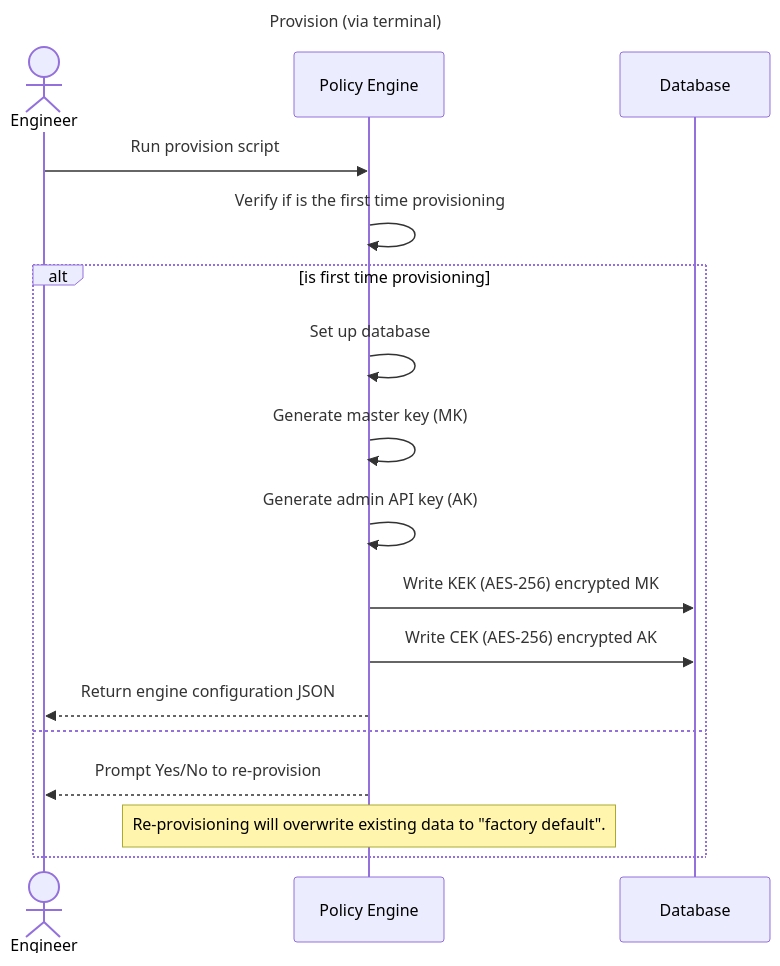
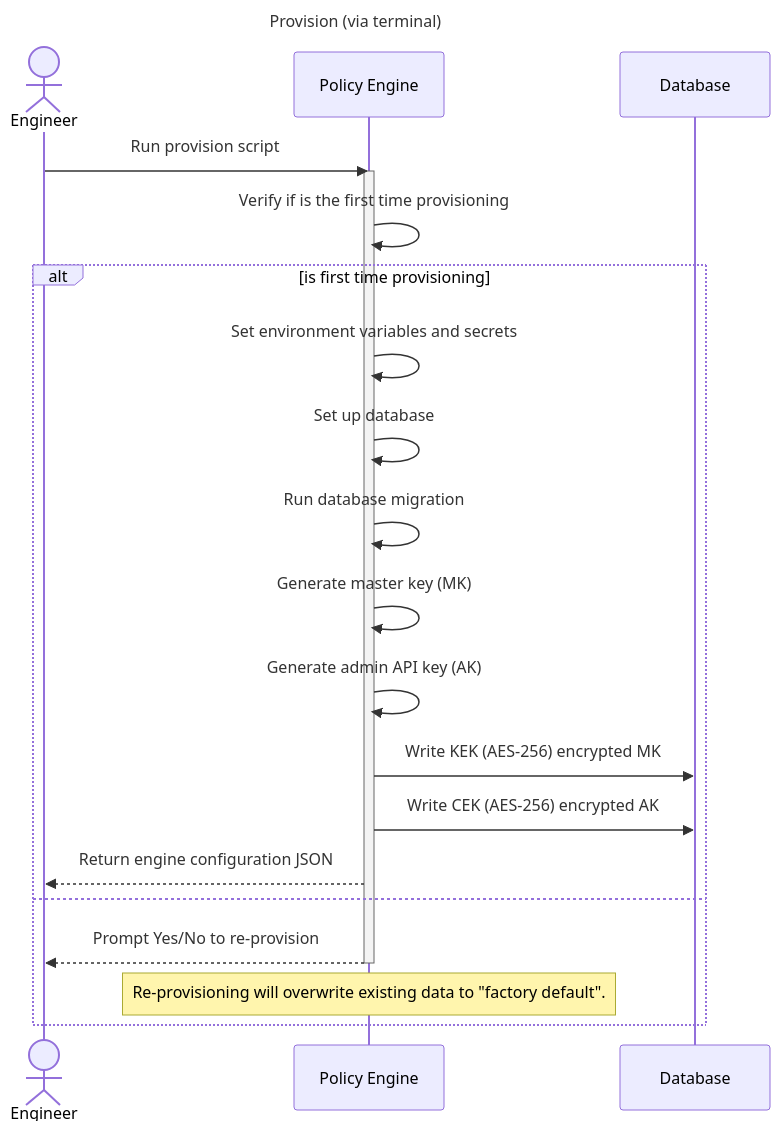
One commit to narval-xyz/armory changed the first of 4 diagrams in doc/policy-engine-setup.md. Above: the diagram before and after it, drawn with Mermaid. The commit also changed other lines of this file, not shown here.

First line of the commit message:
Add terminology for data storage and database

````diff
--- a/doc/policy-engine-setup.md
+++ b/doc/policy-engine-setup.md
@@ -20,22 +23,26 @@
 ```mermaid
 sequenceDiagram
   title Provision (via terminal)
 
   actor Engineer
   participant Engine as Policy Engine
   participant DB as Database
 
   Engineer ->> Engine: Run provision script
+  activate Engine
   Engine ->> Engine: Verify if is the first time provisioning
   alt is first time provisioning
+    Engine ->> Engine: Set environment variables and secrets
     Engine ->> Engine: Set up database
+    Engine ->> Engine: Run database migration
     Engine ->> Engine: Generate master key (MK)
     Engine ->> Engine: Generate admin API key (AK)
     Engine ->> DB: Write KEK (AES-256) encrypted MK
     Engine ->> DB: Write CEK (AES-256) encrypted AK
     Engine -->> Engineer: Return engine configuration JSON
   else 
     Engine -->> Engineer: Prompt Yes/No to re-provision
+    deactivate Engine
     Note over Engine: Re-provisioning will overwrite existing data to "factory default".
   end
 ```
````
